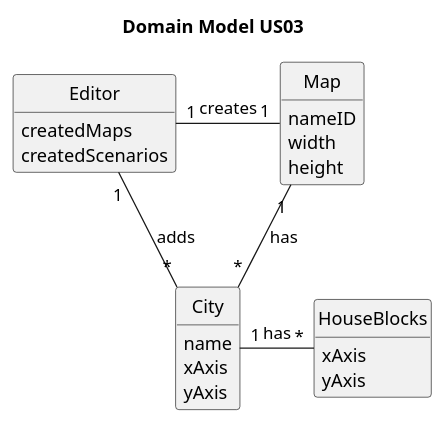
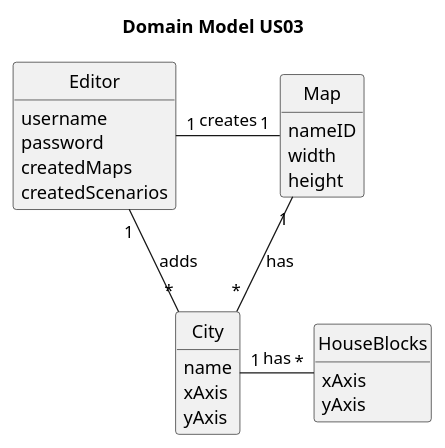
The diagram in docs/system-documentation/Sprint 1/US03/02.analysis/puml/US003-DM.puml (HenriqueSilva18/Railway-Network-Simulator), drawn with PlantUML before and after one commit. The commit also changed 1 other file, not shown here.

```diff
--- a/docs/system-documentation/Sprint 1/US03/02.analysis/puml/US003-DM.puml
+++ b/docs/system-documentation/Sprint 1/US03/02.analysis/puml/US003-DM.puml
@@ -1,48 +1,50 @@
 @startuml
 skinparam monochrome true
 skinparam packageStyle rectangle
 skinparam shadowing false
 
 'left to right direction
 
 skinparam classAttributeIconSize 0
 
 hide circle
 hide methods
 
 title Domain Model US03
 
 class Editor {
+   username
+   password
    createdMaps
    createdScenarios
 }
 
 class Map {
    nameID
    width
    height
 }
 
 class City {
     name
     xAxis
     yAxis
 }
 
 class HouseBlocks {
     xAxis
     yAxis
 }
 
 
 
 Map "1" -- "*" City: has
 
 City "1" - "*" HouseBlocks: has
 
 Editor "1" -- "*" City: adds
 Editor "1" - "1" Map: creates
 
 
 
 @enduml
```
